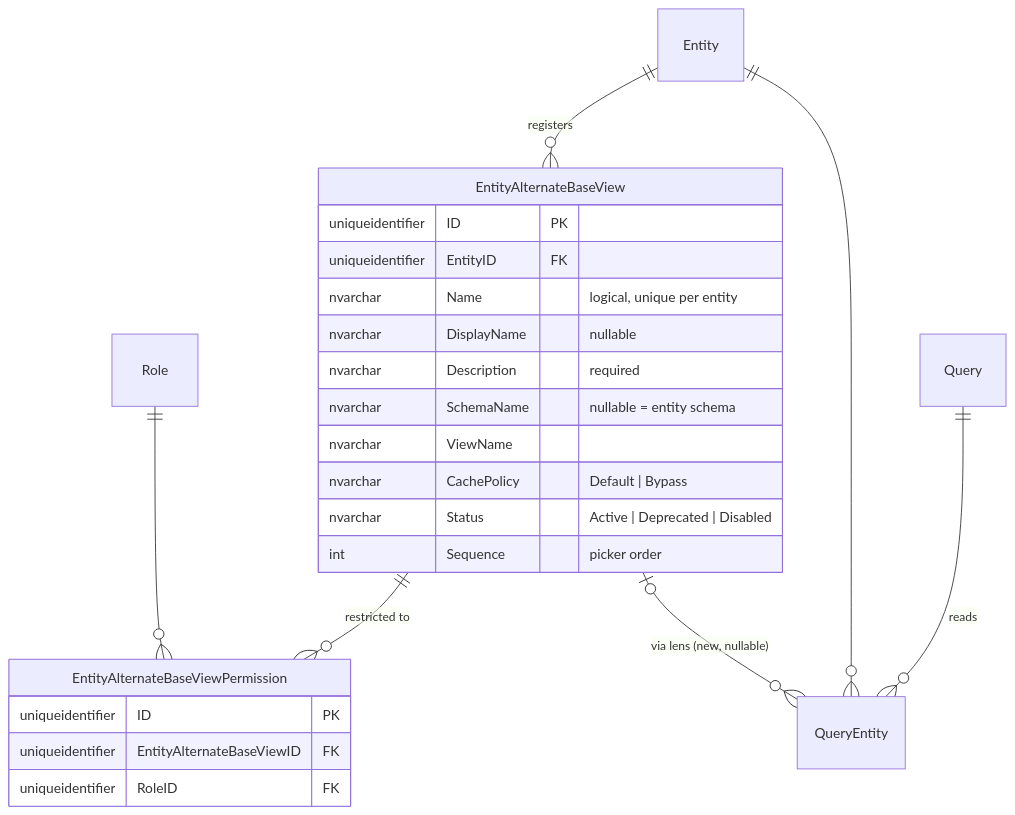
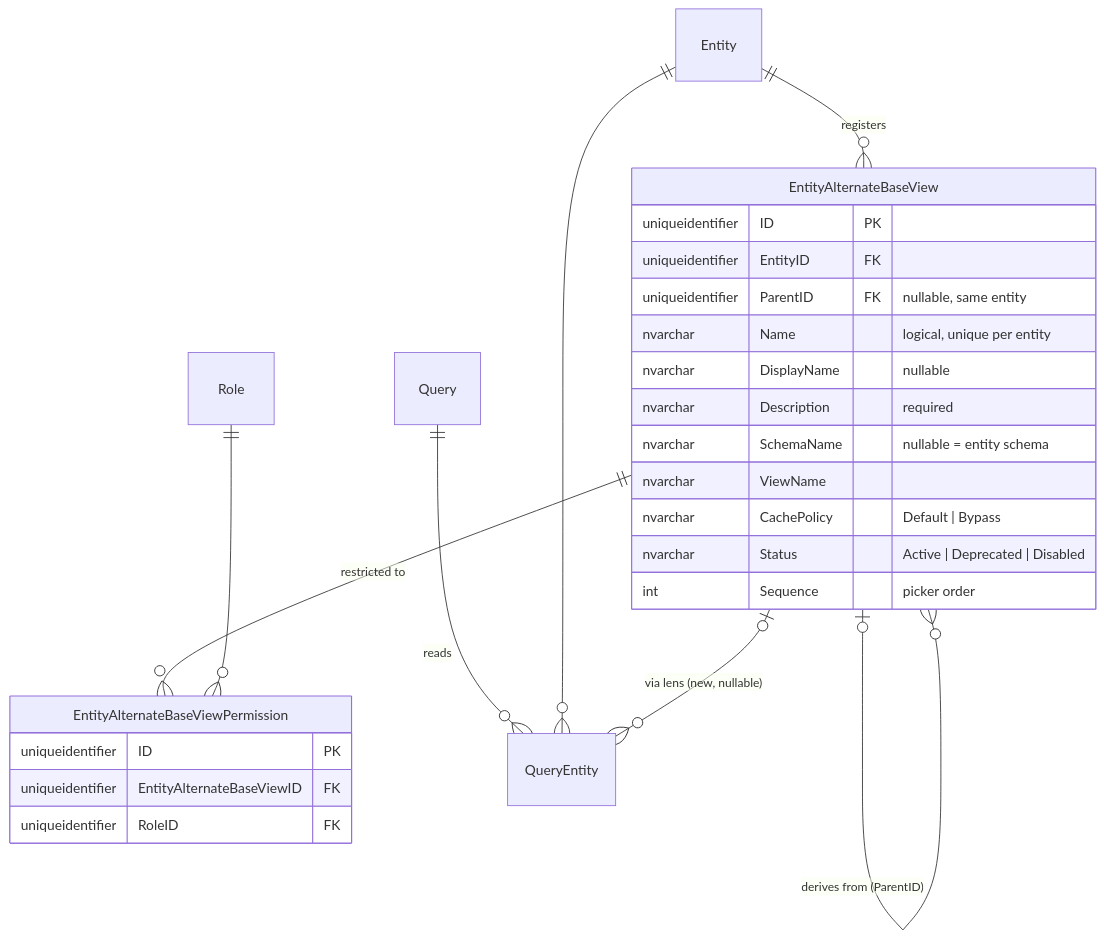
Before and after one commit to MemberJunction/MJ: the second of 3 diagrams in plans/alternate-base-views.md, drawn with Mermaid. The commit also changed other lines of this file and 17 other files, not shown here.

Commit message:
feat(schema,codegen,plans): add EntityAlternateBaseView migration, CodeGen artifacts, and ParentID/SmartFilter plan updates

````diff
--- a/plans/alternate-base-views.md
+++ b/plans/alternate-base-views.md
@@ -188,26 +190,28 @@
 ```mermaid
 erDiagram
     Entity ||--o{ EntityAlternateBaseView : "registers"
+    EntityAlternateBaseView |o--o{ EntityAlternateBaseView : "derives from (ParentID)"
     EntityAlternateBaseView ||--o{ EntityAlternateBaseViewPermission : "restricted to"
     Role ||--o{ EntityAlternateBaseViewPermission : ""
     Query ||--o{ QueryEntity : "reads"
     Entity ||--o{ QueryEntity : ""
     EntityAlternateBaseView |o--o{ QueryEntity : "via lens (new, nullable)"
     EntityAlternateBaseView {
         uniqueidentifier ID PK
         uniqueidentifier EntityID FK
+        uniqueidentifier ParentID FK "nullable, same entity"
         nvarchar Name "logical, unique per entity"
         nvarchar DisplayName "nullable"
         nvarchar Description "required"
         nvarchar SchemaName "nullable = entity schema"
         nvarchar ViewName
         nvarchar CachePolicy "Default | Bypass"
         nvarchar Status "Active | Deprecated | Disabled"
         int Sequence "picker order"
     }
     EntityAlternateBaseViewPermission {
         uniqueidentifier ID PK
         uniqueidentifier EntityAlternateBaseViewID FK
         uniqueidentifier RoleID FK
     }
 ```
````
